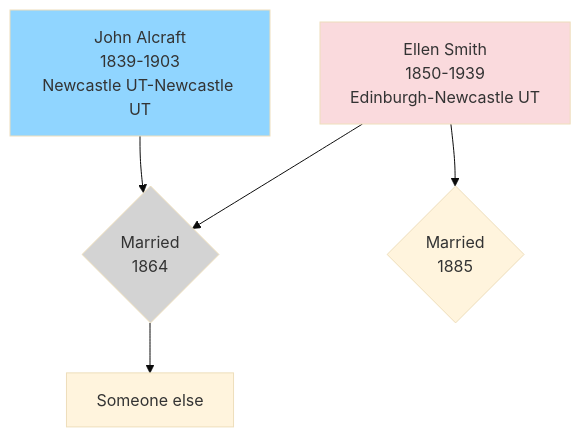
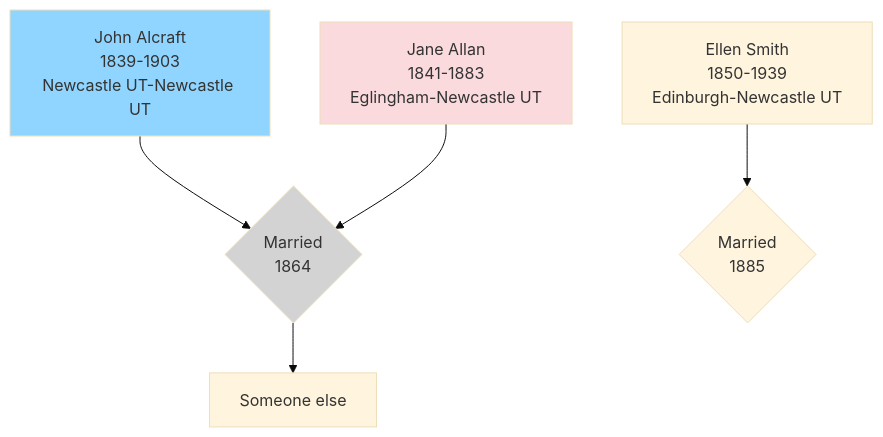
One commit to RachelAlcraft/family-tree changed the diagram in docs/index.md. Above: the diagram before and after it, drawn with Mermaid (base theme).

````diff
--- a/docs/index.md
+++ b/docs/index.md
@@ -6,15 +6,15 @@
 ``` mermaid
 flowchart TD  
 JA1[John Alcraft\n1839-1903\nNewcastle UT-Newcastle UT] --> JAJA{Married\n1864};
 JA2[Jane Allan\n1841-1883\nEglingham-Newcastle UT] --> JAJA;
-JA2[Ellen Smith\n1850-1939\nEdinburgh-Newcastle UT] --> JAES{Married\n1885};  
+ES[Ellen Smith\n1850-1939\nEdinburgh-Newcastle UT] --> JAES{Married\n1885};  
 JAJA -->D[Someone else];  
 
 style JAJA fill:#D3D3D3
 style JA1 fill:#90d5ff
 click JA1 "jones" "JA2"
 style JA2 fill:#FADADD
 click JA2 "jones" "JA1"
 
 
 ```
````
